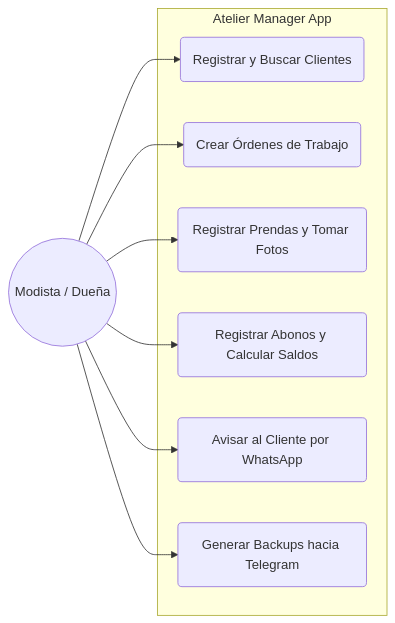
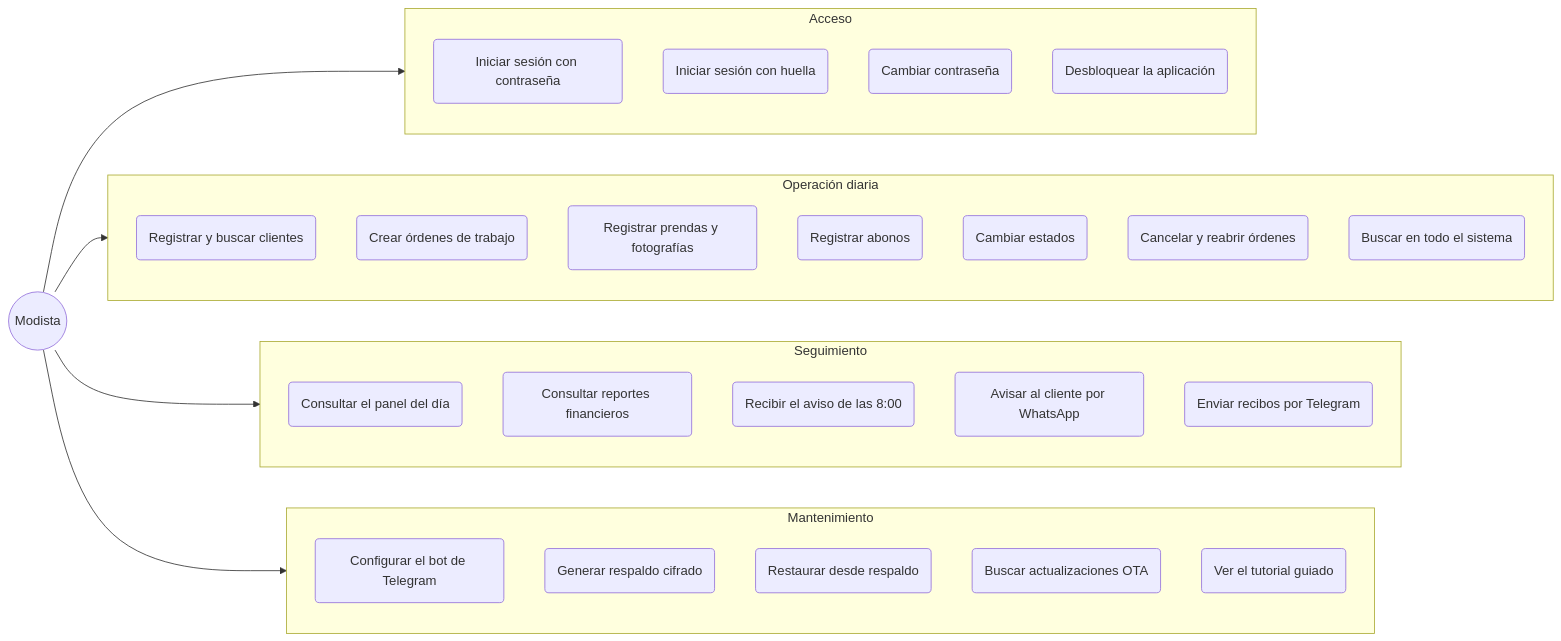
One commit to Aryannext/Costura-app changed the third of 10 diagrams in docs/DIAGRAMAS.md. Above: the diagram before and after it, drawn with Mermaid. The commit also changed other lines of this file and 8 other files, not shown here.

First line of the commit message:
docs: alinear documentación y diagramas con el código

````diff
--- a/docs/DIAGRAMAS.md
+++ b/docs/DIAGRAMAS.md
@@ -167,20 +237,42 @@
 ```mermaid
 flowchart LR
-    Actor((Modista / Dueña))
+    Actor((Modista))
 
-    subgraph Sistema ["Atelier Manager App"]
-        C1(Registrar y Buscar Clientes)
-        C2(Crear Órdenes de Trabajo)
-        C3(Registrar Prendas y Tomar Fotos)
-        C4(Registrar Abonos y Calcular Saldos)
-        C5(Avisar al Cliente por WhatsApp)
-        C6(Generar Backups hacia Telegram)
+    subgraph Acceso ["Acceso"]
+        A1(Iniciar sesión con contraseña)
+        A2(Iniciar sesión con huella)
+        A3(Cambiar contraseña)
+        A4(Desbloquear la aplicación)
     end
 
-    Actor --> C1
-    Actor --> C2
-    Actor --> C3
-    Actor --> C4
-    Actor --> C5
-    Actor --> C6
+    subgraph Taller ["Operación diaria"]
+        T1(Registrar y buscar clientes)
+        T2(Crear órdenes de trabajo)
+        T3(Registrar prendas y fotografías)
+        T4(Registrar abonos)
+        T5(Cambiar estados)
+        T6(Cancelar y reabrir órdenes)
+        T7(Buscar en todo el sistema)
+    end
+
+    subgraph Seguimiento ["Seguimiento"]
+        S1(Consultar el panel del día)
+        S2(Consultar reportes financieros)
+        S3(Recibir el aviso de las 8:00)
+        S4(Avisar al cliente por WhatsApp)
+        S5(Enviar recibos por Telegram)
+    end
+
+    subgraph Mantenimiento ["Mantenimiento"]
+        M1(Configurar el bot de Telegram)
+        M2(Generar respaldo cifrado)
+        M3(Restaurar desde respaldo)
+        M4(Buscar actualizaciones OTA)
+        M5(Ver el tutorial guiado)
+    end
+
+    Actor --> Acceso
+    Actor --> Taller
+    Actor --> Seguimiento
+    Actor --> Mantenimiento
 ```
````
